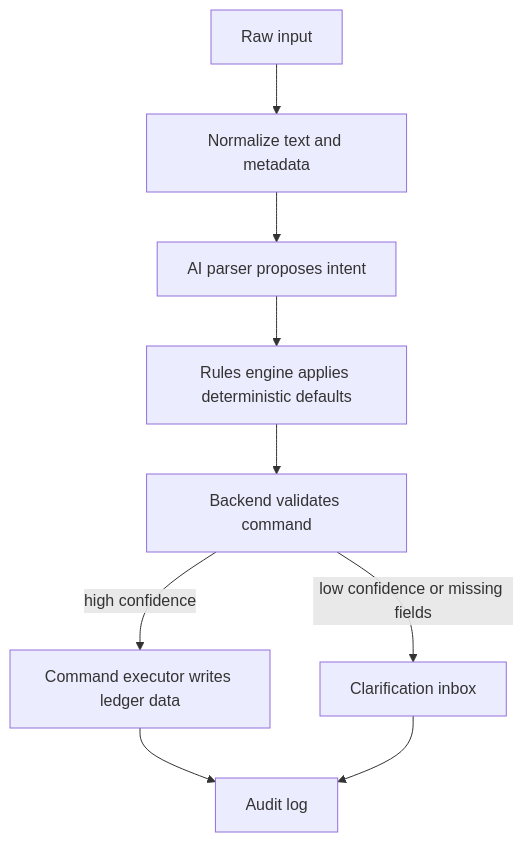
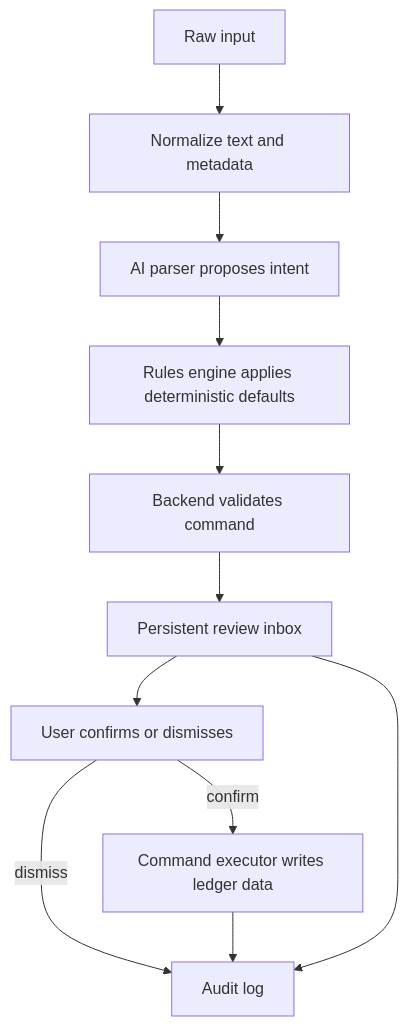
Before and after one commit to Zack-y11/finances-led: the diagram in docs/ai-intake.md, drawn with Mermaid. The commit also changed other lines of this file and 43 other files, not shown here.

````diff
--- a/docs/ai-intake.md
+++ b/docs/ai-intake.md
@@ -15,20 +15,23 @@
 ```mermaid
 flowchart TD
     Input["Raw input"]
     Normalize["Normalize text and metadata"]
     Parse["AI parser proposes intent"]
     Rules["Rules engine applies deterministic defaults"]
     Validate["Backend validates command"]
+    Review["Persistent review inbox"]
+    Confirm["User confirms or dismisses"]
     Execute["Command executor writes ledger data"]
-    Review["Clarification inbox"]
     Audit["Audit log"]
 
     Input --> Normalize
     Normalize --> Parse
     Parse --> Rules
     Rules --> Validate
-    Validate -->|high confidence| Execute
-    Validate -->|low confidence or missing fields| Review
+    Validate --> Review
+    Review --> Confirm
+    Confirm -->|confirm| Execute
+    Confirm -->|dismiss| Audit
     Execute --> Audit
     Review --> Audit
 ```
````
